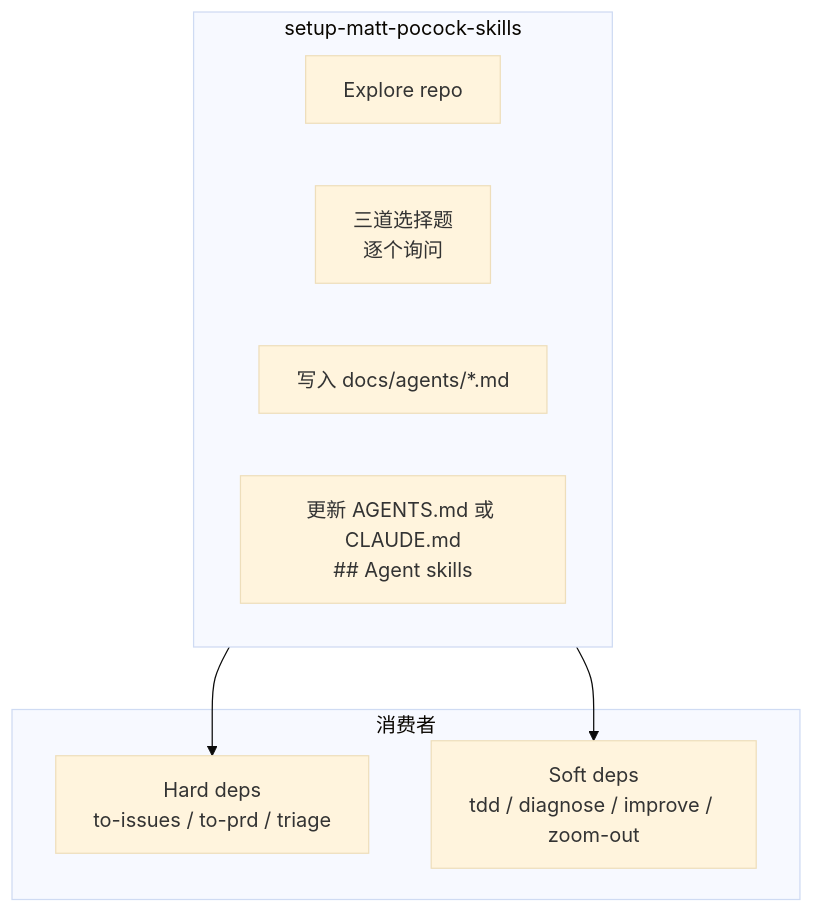
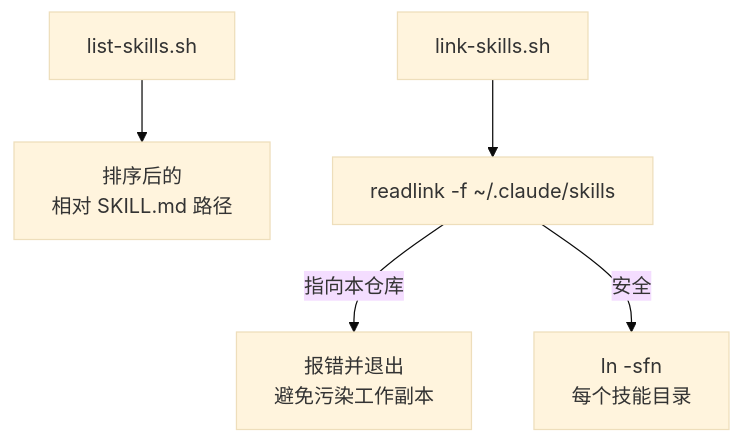
Before and after one commit to dragonforce2010/awesome-ai-repos-deepwiki: the fourth of 7 diagrams in project-wiki/skills/exports/full-wiki.md, drawn with Mermaid (base theme). The commit also changed other lines of this file and 36 other files, not shown here.

````diff
--- a/project-wiki/skills/exports/full-wiki.md
+++ b/project-wiki/skills/exports/full-wiki.md
@@ -362,15 +581,7 @@
 ```mermaid
 flowchart TD
-  subgraph SetupSkill["setup-matt-pocock-skills"]
-    E["Explore repo"]
-    Q["三道选择题<br/>逐个询问"]
-    W["写入 docs/agents/*.md"]
-    B["更新 AGENTS.md 或 CLAUDE.md<br/>## Agent skills"]
-  end
-  subgraph Consumers["消费者"]
-    Hard["Hard deps<br/>to-issues / to-prd / triage"]
-    Soft["Soft deps<br/>tdd / diagnose / improve / zoom-out"]
-  end
-  SetupSkill --> Hard
-  SetupSkill --> Soft
+  LS["list-skills.sh"] --> OUT["排序后的<br/>相对 SKILL.md 路径"]
+  LK["link-skills.sh"] --> CHK["readlink -f ~/.claude/skills"]
+  CHK -->|"指向本仓库"| ERR["报错并退出<br/>避免污染工作副本"]
+  CHK -->|"安全"| LN["ln -sfn<br/>每个技能目录"]
 ```
````
